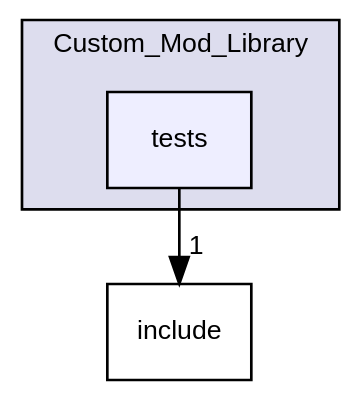
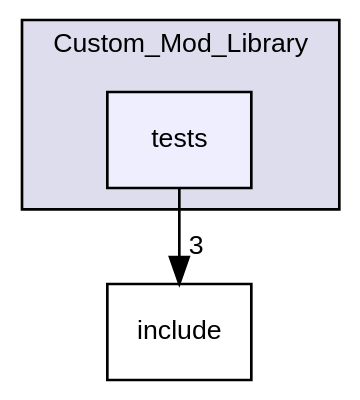
The diagram in dir_812f6d6e07ea60e21fdef9b4c803a47a_dep.dot (ejagombar/2021_Group_3), drawn with Graphviz before and after one commit. The commit also changed 66 other files, not shown here.

```diff
--- a/dir_812f6d6e07ea60e21fdef9b4c803a47a_dep.dot
+++ b/dir_812f6d6e07ea60e21fdef9b4c803a47a_dep.dot
@@ -1,12 +1,12 @@
 digraph "/home/runner/work/2021_Group_3/2021_Group_3/Custom_Mod_Library/tests" {
   bgcolor=transparent;
   compound=true
   node [ fontsize="10", fontname="Helvetica"];
   edge [ labelfontsize="10", labelfontname="Helvetica"];
   subgraph clusterdir_3d791e5d7456dbf61f6d7b678dfd72f4 {
     graph [ bgcolor="#ddddee", pencolor="black", label="Custom_Mod_Library" fontname="Helvetica", fontsize="10", URL="dir_3d791e5d7456dbf61f6d7b678dfd72f4.html"]
   dir_812f6d6e07ea60e21fdef9b4c803a47a [shape=box, label="tests", style="filled", fillcolor="#eeeeff", pencolor="black", URL="dir_812f6d6e07ea60e21fdef9b4c803a47a.html"];
   }
   dir_f5c7eabd21a874ae9d109060d168a55c [shape=box label="include" URL="dir_f5c7eabd21a874ae9d109060d168a55c.html"];
-  dir_812f6d6e07ea60e21fdef9b4c803a47a->dir_f5c7eabd21a874ae9d109060d168a55c [headlabel="1", labeldistance=1.5 headhref="dir_000003_000001.html"];
+  dir_812f6d6e07ea60e21fdef9b4c803a47a->dir_f5c7eabd21a874ae9d109060d168a55c [headlabel="3", labeldistance=1.5 headhref="dir_000003_000001.html"];
 }
```
